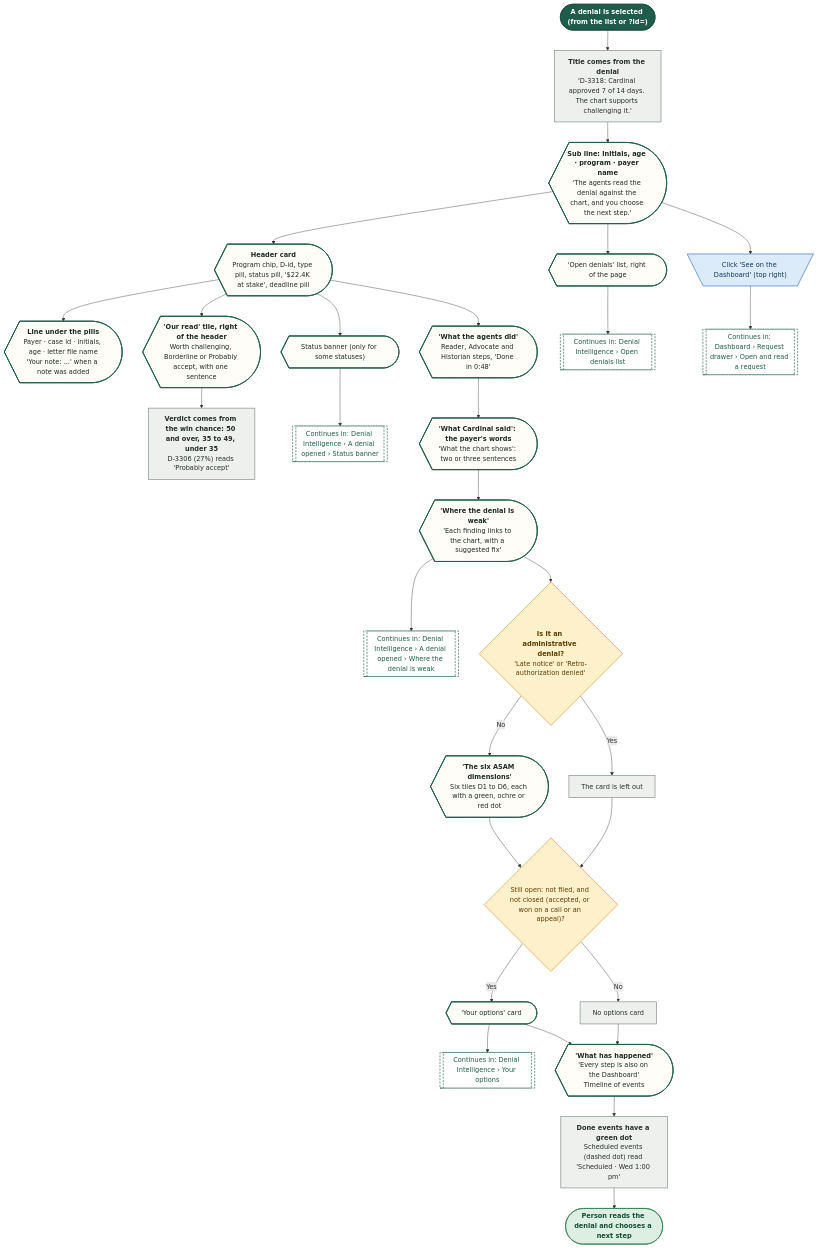
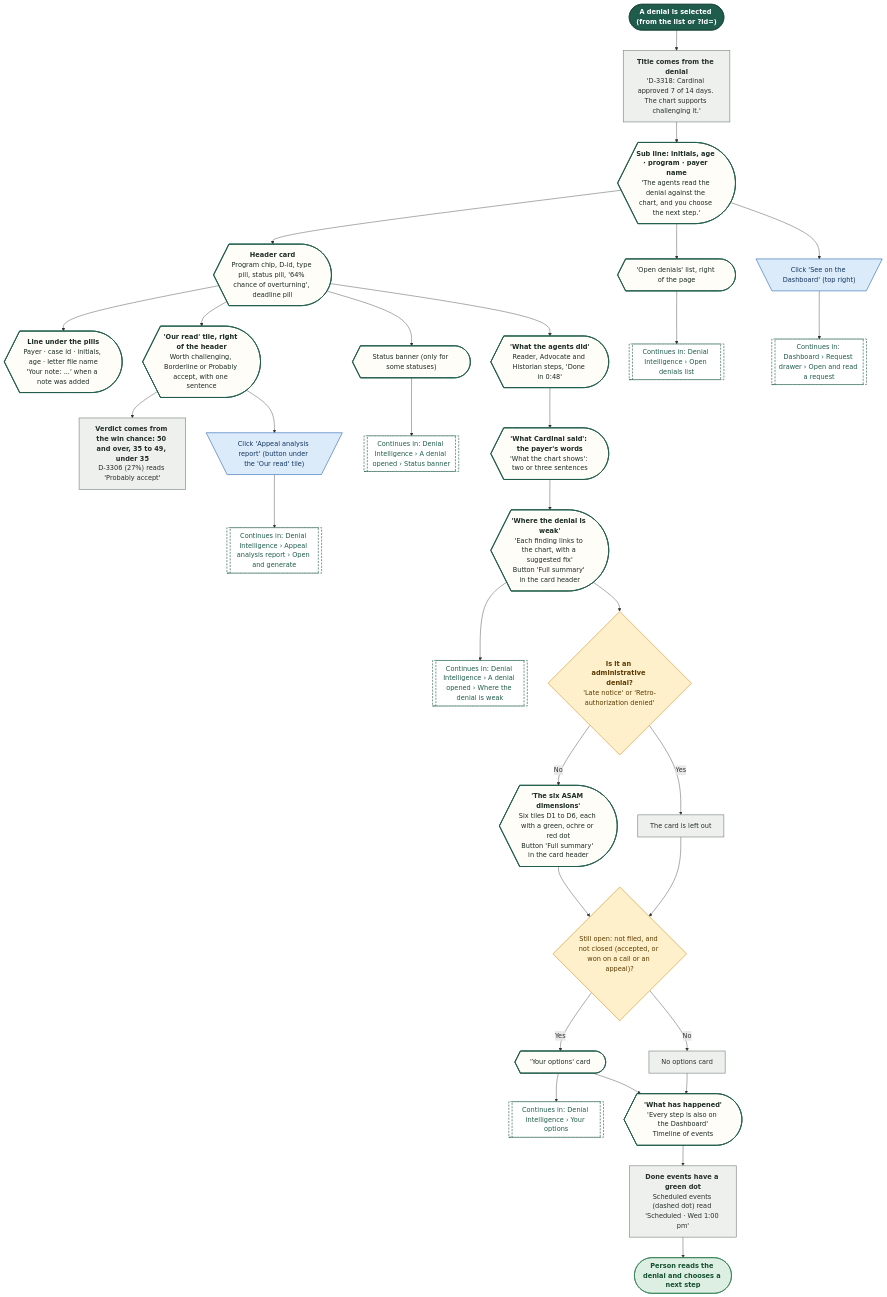
Before and after one commit to Shrav143/psyfloapp: the third of 25 diagrams in demos/prior-auth-demo/workflows/out/md/06-denials.md, drawn with Mermaid. The commit also changed other lines of this file and 39 other files, not shown here.

First line of the commit message:
docs: appeal analysis report in the site map and README; rebuild the workflow diagrams (225)

````diff
--- a/demos/prior-auth-demo/workflows/out/md/06-denials.md
+++ b/demos/prior-auth-demo/workflows/out/md/06-denials.md
@@ -176,71 +179,74 @@
 ```mermaid
 %%{init: {"theme":"base","themeVariables":{"fontFamily":"'DM Sans', 'Segoe UI', system-ui, sans-serif","fontSize":"15px","lineColor":"#5B6B63","primaryTextColor":"#1C2B25","clusterBkg":"#FBF8F3","clusterBorder":"#D9CDBB","edgeLabelBackground":"#FFFFFF"},"flowchart":{"curve":"basis","nodeSpacing":36,"rankSpacing":48,"padding":12,"htmlLabels":true,"useMaxWidth":false,"wrappingWidth":230}} }%%
 flowchart TD
   classDef k_start fill:#1F5C4B,stroke:#174638,color:#FFFFFF,stroke-width:1.5px,font-weight:600
   classDef k_end fill:#DDEFE3,stroke:#2E7D4F,color:#14502F,stroke-width:1.5px,font-weight:600
   classDef k_endx fill:#FBE3E0,stroke:#C0392B,color:#7A1F16,stroke-width:1.5px,font-weight:600
   classDef k_screen fill:#FFFDF8,stroke:#1F5C4B,color:#1C2B25,stroke-width:2px
   classDef k_overlay fill:#F1F7F3,stroke:#1F5C4B,color:#1C2B25,stroke-width:2px,stroke-dasharray:5 3
   classDef k_click fill:#DCEBFA,stroke:#2F6DB5,color:#12365F,stroke-width:1.5px
   classDef k_input fill:#E4E7FF,stroke:#4C5FD5,color:#1D2670,stroke-width:1.5px
   classDef k_process fill:#EEF0EE,stroke:#7A857F,color:#26302B,stroke-width:1.5px
   classDef k_agent fill:#EEE5FA,stroke:#7A4FC2,color:#341A63,stroke-width:1.5px
   classDef k_decision fill:#FFF0CC,stroke:#D9962B,color:#5C3B00,stroke-width:1.5px
   classDef k_store fill:#D5F0EA,stroke:#1C8E7B,color:#0B4A3F,stroke-width:1.5px
   classDef k_doc fill:#F6E9DC,stroke:#B07A4C,color:#4A2E14,stroke-width:1.5px
   classDef k_ext fill:#FFE6D2,stroke:#E07B39,color:#6B2F06,stroke-width:1.5px
   classDef k_wait fill:#E4E8EE,stroke:#6B7C93,color:#26303D,stroke-width:1.5px
   classDef k_toast fill:#FFF9DB,stroke:#C9A400,color:#5A4A00,stroke-width:1.5px
   classDef k_goto fill:#FFFFFF,stroke:#1F5C4B,color:#1F5C4B,stroke-width:1.5px,stroke-dasharray:5 3
   s1@{ shape: stadium, label: "A denial is selected (from the list or ?id=)" }
   p1@{ shape: rect, label: "<b>Title comes from the denial</b><br/>'D-3318: Cardinal approved 7 of 14 days. The chart supports challenging it.'" }
   sub1@{ shape: curv-trap, label: "<b>Sub line: initials, age · program · payer name</b><br/>'The agents read the denial against the chart, and you choose the next step.'" }
-  h1@{ shape: curv-trap, label: "<b>Header card</b><br/>Program chip, D-id, type pill, status pill, '$22.4K at stake', deadline pill" }
+  h1@{ shape: curv-trap, label: "<b>Header card</b><br/>Program chip, D-id, type pill, status pill, '64% chance of overturning', deadline pill" }
   h2@{ shape: curv-trap, label: "<b>Line under the pills</b><br/>Payer · case id · initials, age · letter file name<br/>'Your note: ...' when a note was added" }
   v1@{ shape: curv-trap, label: "<b>'Our read' tile, right of the header</b><br/>Worth challenging, Borderline or Probably accept, with one sentence" }
   pv@{ shape: rect, label: "<b>Verdict comes from the win chance: 50 and over, 35 to 49, under 35</b><br/>D-3306 (27%) reads 'Probably accept'" }
   bn@{ shape: curv-trap, label: "Status banner (only for some statuses)" }
   g1@{ shape: subproc, label: "Continues in: Denial Intelligence › A denial opened › Status banner" }
   c1@{ shape: curv-trap, label: "<b>'What the agents did'</b><br/>Reader, Advocate and Historian steps, 'Done in 0:48'" }
   c2@{ shape: curv-trap, label: "<b>'What Cardinal said': the payer's words</b><br/>'What the chart shows': two or three sentences" }
-  c3@{ shape: curv-trap, label: "<b>'Where the denial is weak'</b><br/>'Each finding links to the chart, with a suggested fix'" }
+  c3@{ shape: curv-trap, label: "<b>'Where the denial is weak'</b><br/>'Each finding links to the chart, with a suggested fix'<br/>Button 'Full summary' in the card header" }
   g2@{ shape: subproc, label: "Continues in: Denial Intelligence › A denial opened › Where the denial is weak" }
   d1@{ shape: diam, label: "<b>Is it an administrative denial?</b><br/>'Late notice' or 'Retro-authorization denied'" }
-  c4@{ shape: curv-trap, label: "<b>'The six ASAM dimensions'</b><br/>Six tiles D1 to D6, each with a green, ochre or red dot" }
+  c4@{ shape: curv-trap, label: "<b>'The six ASAM dimensions'</b><br/>Six tiles D1 to D6, each with a green, ochre or red dot<br/>Button 'Full summary' in the card header" }
   p2@{ shape: rect, label: "The card is left out" }
   d2@{ shape: diam, label: "Still open: not filed, and not closed (accepted, or won on a call or an appeal)?" }
   c5@{ shape: curv-trap, label: "'Your options' card" }
   g3@{ shape: subproc, label: "Continues in: Denial Intelligence › Your options" }
   p3@{ shape: rect, label: "No options card" }
   c6@{ shape: curv-trap, label: "<b>'What has happened'</b><br/>'Every step is also on the Dashboard'<br/>Timeline of events" }
   p4@{ shape: rect, label: "<b>Done events have a green dot</b><br/>Scheduled events (dashed dot) read 'Scheduled · Wed 1:00 pm'" }
   r1@{ shape: curv-trap, label: "'Open denials' list, right of the page" }
   g4@{ shape: subproc, label: "Continues in: Denial Intelligence › Open denials list" }
   b1@{ shape: trap-t, label: "Click 'See on the Dashboard' (top right)" }
+  b2@{ shape: trap-t, label: "Click 'Appeal analysis report' (button under the 'Our read' tile)" }
+  g6@{ shape: subproc, label: "Continues in: Denial Intelligence › Appeal analysis report › Open and generate" }
   g5@{ shape: subproc, label: "Continues in: Dashboard › Request drawer › Open and read a request" }
   e1@{ shape: stadium, label: "Person reads the denial and chooses a next step" }
   s1 --> p1 --> sub1 --> h1
   h1 --> h2
   h1 --> v1 --> pv
   h1 --> bn --> g1
   h1 --> c1 --> c2 --> c3 --> g2
   c3 --> d1
   d1 -->|"No"| c4
   d1 -->|"Yes"| p2
   c4 --> d2
   p2 --> d2
   d2 -->|"Yes"| c5 --> g3
   d2 -->|"No"| p3
   c5 --> c6
   p3 --> c6
   c6 --> p4 --> e1
   sub1 --> r1 --> g4
   sub1 --> b1 --> g5
+  v1 --> b2 --> g6
   class s1 k_start
   class p1,pv,p2,p3,p4 k_process
   class sub1,h1,h2,v1,bn,c1,c2,c3,c4,c5,c6,r1 k_screen
-  class g1,g2,g3,g4,g5 k_goto
+  class g1,g2,g3,g4,g6,g5 k_goto
   class d1,d2 k_decision
-  class b1 k_click
+  class b1,b2 k_click
   class e1 k_end
 ```
````
